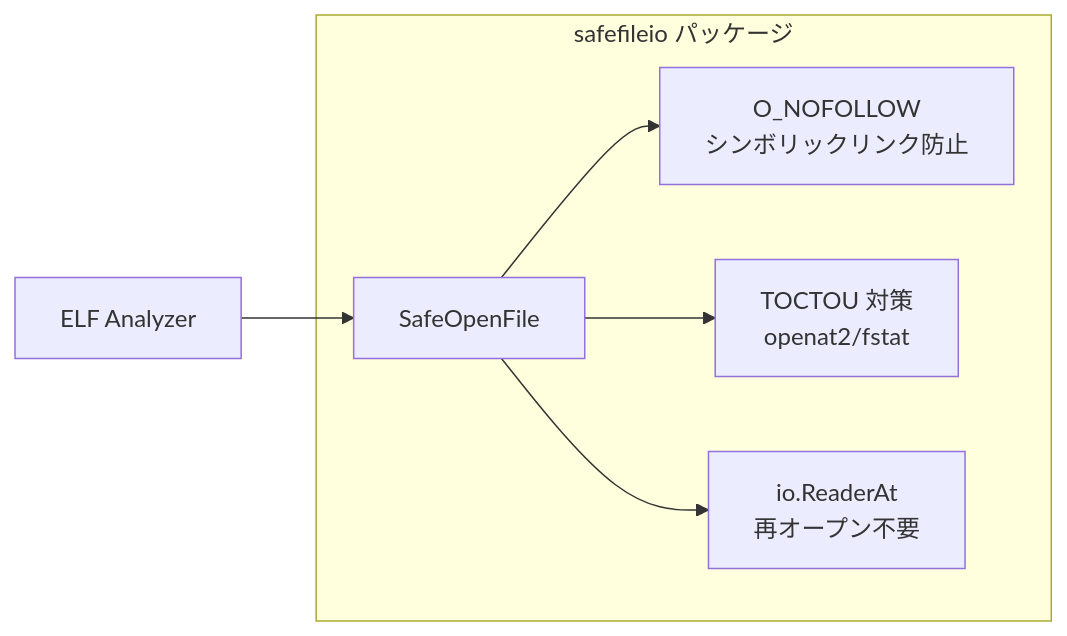
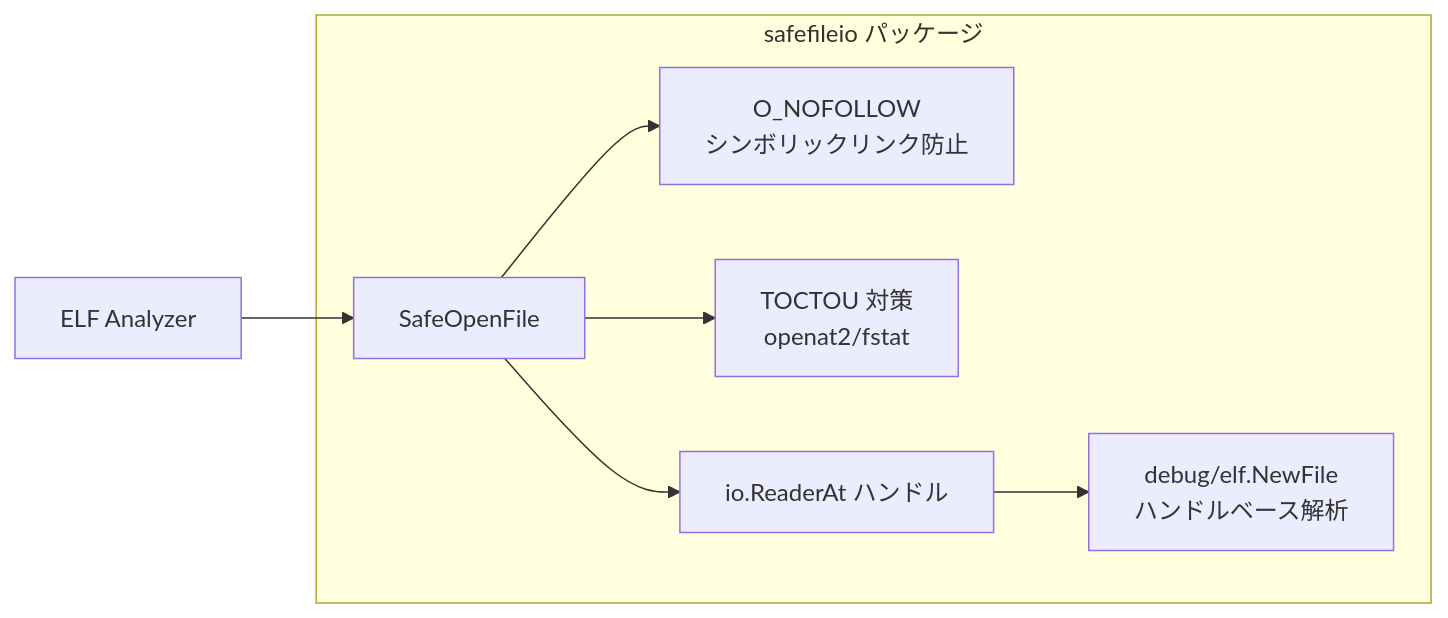
Before and after one commit to isseis/go-safe-cmd-runner: the fourth of 5 diagrams in docs/tasks/0069_elf_dynsym_network_detection/02_architecture.md, drawn with Mermaid. The commit also changed other lines of this file, not shown here.

First line of the commit message:
docs(elfanalyzer): use SafeOpenFile (ReaderAt) in architecture diagrams

````diff
--- a/docs/tasks/0069_elf_dynsym_network_detection/02_architecture.md
+++ b/docs/tasks/0069_elf_dynsym_network_detection/02_architecture.md
@@ -333,14 +333,16 @@
 ```mermaid
 flowchart LR
     subgraph SafeFileIO["safefileio パッケージ"]
-        SRF[SafeOpenFile]
+        SOF[SafeOpenFile]
         NOFOLLOW[O_NOFOLLOW<br/>シンボリックリンク防止]
         TOCTOU[TOCTOU 対策<br/>openat2/fstat]
-        READERAT[io.ReaderAt<br/>再オープン不要]
+        READERAT[io.ReaderAt ハンドル]
+        READAHEAD[debug/elf.NewFile<br/>ハンドルベース解析]
     end
 
-    ELF[ELF Analyzer] --> SRF
-    SRF --> NOFOLLOW
-    SRF --> TOCTOU
-    SRF --> READERAT
+    ELF[ELF Analyzer] --> SOF
+    SOF --> NOFOLLOW
+    SOF --> TOCTOU
+    SOF --> READERAT
+    READERAT --> READAHEAD
 ```
````
